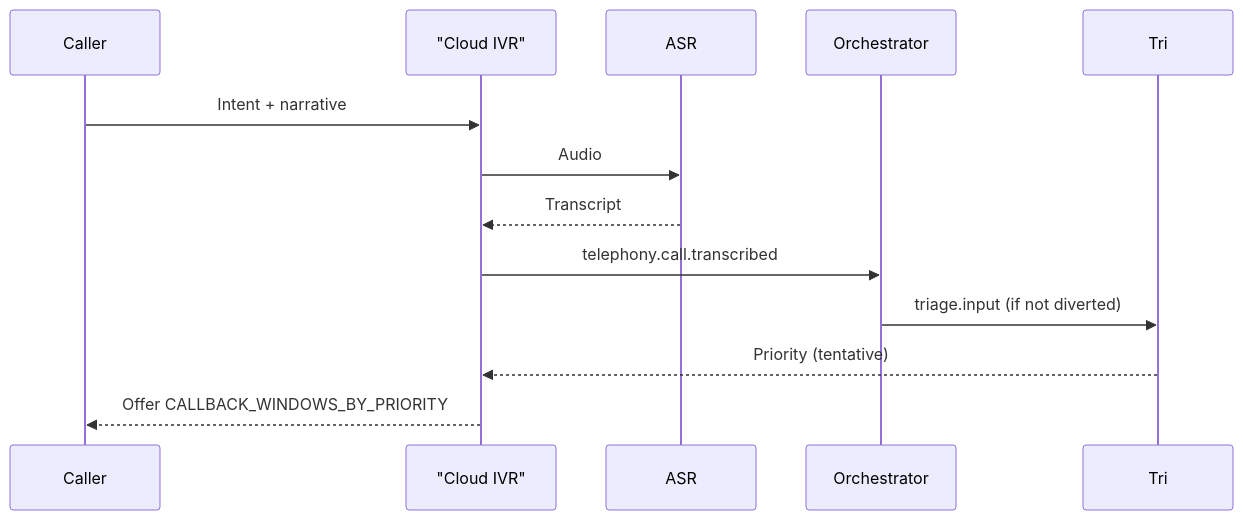
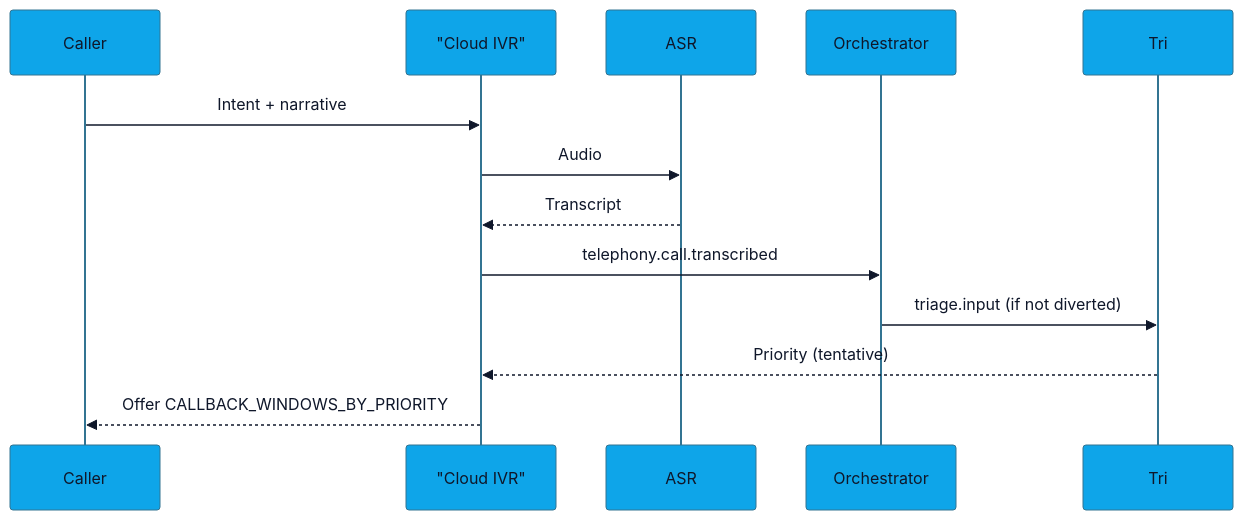
One commit to georgeahmed/onecare changed the third of 13 diagrams in Algorithm.md. Above: the diagram before and after it, drawn with Mermaid. The commit also changed other lines of this file, not shown here.

````diff
--- a/Algorithm.md
+++ b/Algorithm.md
@@ -198,15 +228,18 @@
 ```mermaid
+%%{init: {'theme':'base', 'themeVariables': {
+  'primaryColor': '#0ea5e9','secondaryColor': '#6366f1','tertiaryColor': '#10b981','primaryTextColor': '#0f172a','lineColor': '#64748b','fontFamily': 'Inter, ui-sans-serif, system-ui'
+}}}%%
 sequenceDiagram
   participant Caller
   participant IVR as "Cloud IVR"
   participant ASR
   participant Orc as Orchestrator
   participant Tri
   Caller->>IVR: Intent + narrative
   IVR->>ASR: Audio
   ASR-->>IVR: Transcript
   IVR->>Orc: telephony.call.transcribed
   Orc->>Tri: triage.input (if not diverted)
   Tri-->>IVR: Priority (tentative)
   IVR-->>Caller: Offer CALLBACK_WINDOWS_BY_PRIORITY
 ```
````
